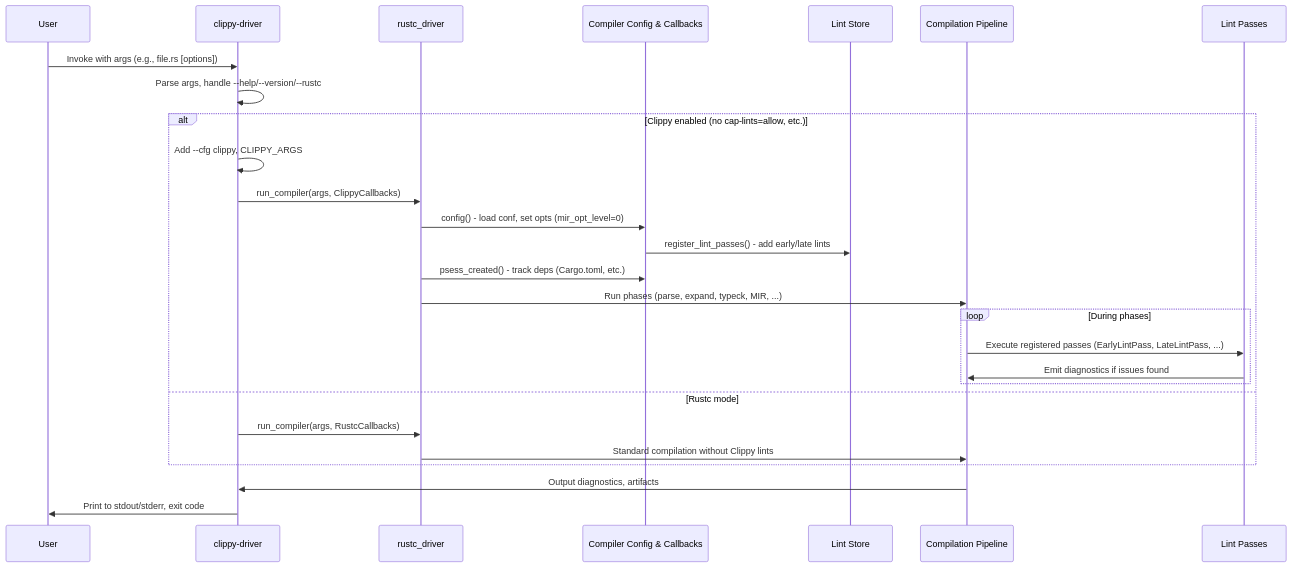
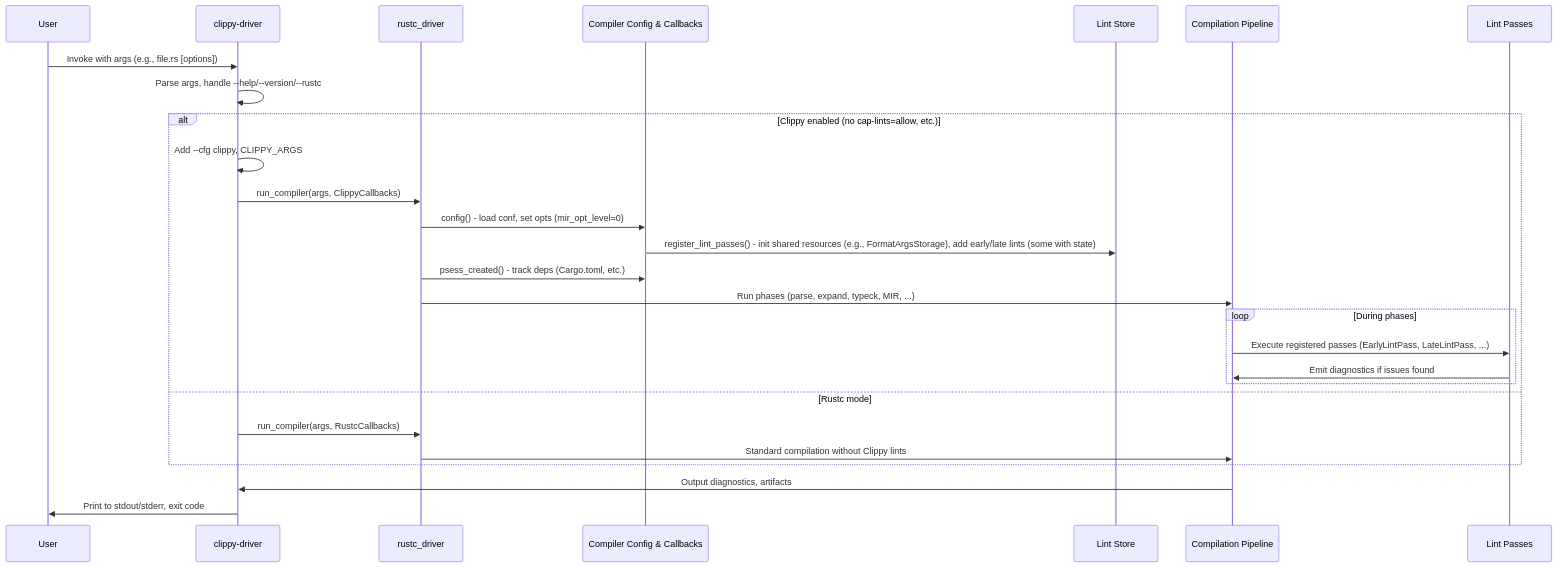
The first of 2 diagrams in .exp/design-workflow-2-clippy-driver.md (gauravagerwala/rust-clippy), drawn with Mermaid before and after one commit. The commit also changed 3 other files, not shown here.

````diff
--- a/.exp/design-workflow-2-clippy-driver.md
+++ b/.exp/design-workflow-2-clippy-driver.md
@@ -36,30 +36,30 @@
 ```mermaid
 sequenceDiagram
     participant U as User
     participant D as clippy-driver
     participant RD as rustc_driver
     participant C as Compiler Config & Callbacks
     participant LS as Lint Store
     participant CP as Compilation Pipeline
     participant L as Lint Passes
 
     U->>D: Invoke with args (e.g., file.rs [options])
     D->>D: Parse args, handle --help/--version/--rustc
     alt Clippy enabled (no cap-lints=allow, etc.)
         D->>D: Add --cfg clippy, CLIPPY_ARGS
         D->>RD: run_compiler(args, ClippyCallbacks)
         RD->>C: config() - load conf, set opts (mir_opt_level=0)
-        C->>LS: register_lint_passes() - add early/late lints
+        C->>LS: register_lint_passes() - init shared resources (e.g., FormatArgsStorage), add early/late lints (some with state)
         RD->>C: psess_created() - track deps (Cargo.toml, etc.)
         RD->>CP: Run phases (parse, expand, typeck, MIR, ...)
         loop During phases
             CP->>L: Execute registered passes (EarlyLintPass, LateLintPass, ...)
             L->>CP: Emit diagnostics if issues found
         end
     else Rustc mode
         D->>RD: run_compiler(args, RustcCallbacks)
         RD->>CP: Standard compilation without Clippy lints
     end
     CP->>D: Output diagnostics, artifacts
     D->>U: Print to stdout/stderr, exit code
 ```
````
